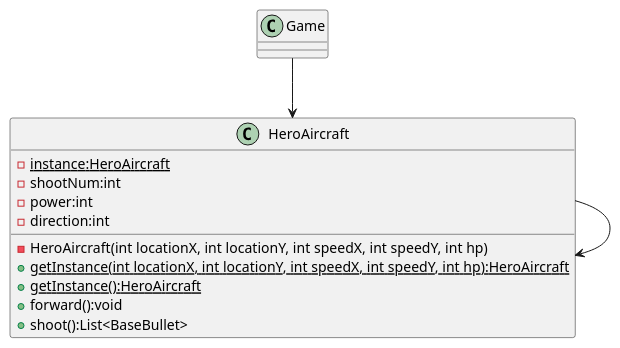
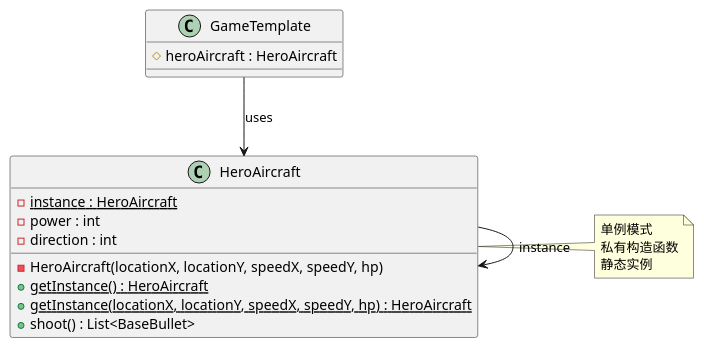
Before and after one commit to Mercury-0510/Software25Lab: the diagram in uml/lab2_singleton.puml, drawn with PlantUML. The commit also changed 16 other files, not shown here.

```diff
--- a/uml/lab2_singleton.puml
+++ b/uml/lab2_singleton.puml
@@ -1,24 +1,26 @@
-@startuml
-'https://plantuml.com/class-diagram
+@startuml singleton
 
 class HeroAircraft {
-    - {static} instance:HeroAircraft
-    - shootNum:int
-    - power:int
-    - direction:int
-    - HeroAircraft(int locationX, int locationY, int speedX, int speedY, int hp)
-    + {static} getInstance(int locationX, int locationY, int speedX, int speedY, int hp):HeroAircraft
-    + {static} getInstance():HeroAircraft
-    + forward():void
-    + shoot():List<BaseBullet>
+    - {static} instance : HeroAircraft
+    - power : int
+    - direction : int
+    - HeroAircraft(locationX, locationY, speedX, speedY, hp)
+    + {static} getInstance() : HeroAircraft
+    + {static} getInstance(locationX, locationY, speedX, speedY, hp) : HeroAircraft
+    + shoot() : List<BaseBullet>
 }
 
-class Game {
-
+class GameTemplate {
+    # heroAircraft : HeroAircraft
 }
 
-Game --> HeroAircraft
+GameTemplate --> HeroAircraft : uses
+HeroAircraft --> HeroAircraft : instance
 
-HeroAircraft --> HeroAircraft
+note right of HeroAircraft
+  单例模式
+  私有构造函数
+  静态实例
+end note
 
 @enduml
```
